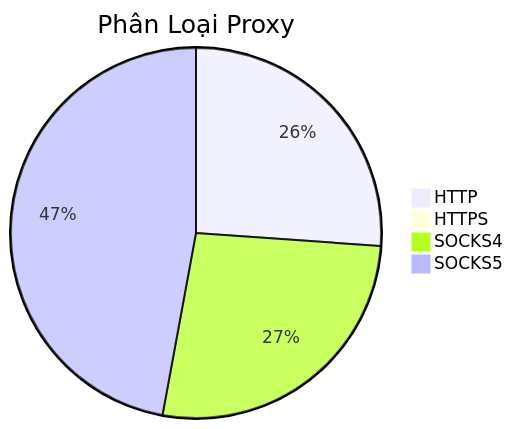
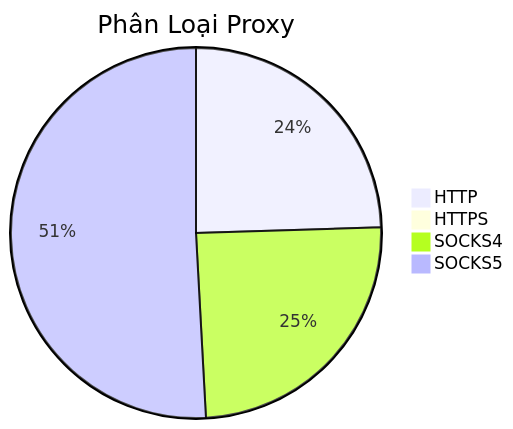
Before and after one commit to Ciara-Aa/PROXY-free: the diagram in README.md, drawn with Mermaid. The commit also changed other lines of this file and 4 other files, not shown here.

````diff
--- a/README.md
+++ b/README.md
@@ -26,7 +26,7 @@
 ```mermaid
 pie title Phân Loại Proxy
-    "HTTP" : 203
-    "HTTPS" : 0
-    "SOCKS4" : 208
-    "SOCKS5" : 366
+    "HTTP" : 200
+    "HTTPS" : 1
+    "SOCKS4" : 201
+    "SOCKS5" : 415
 ```
````
